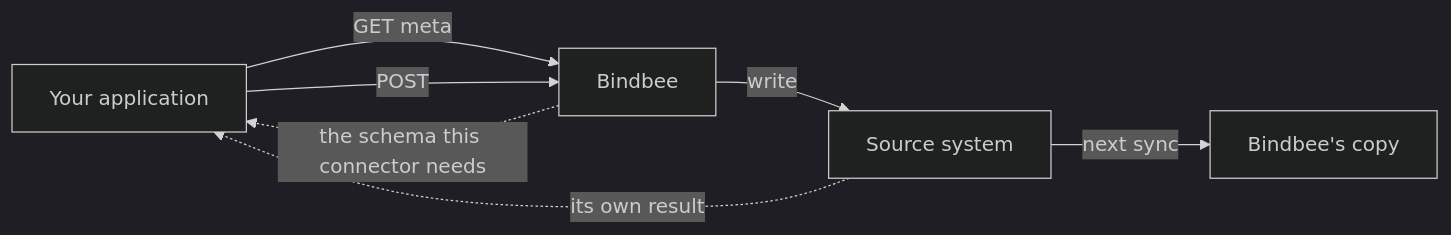
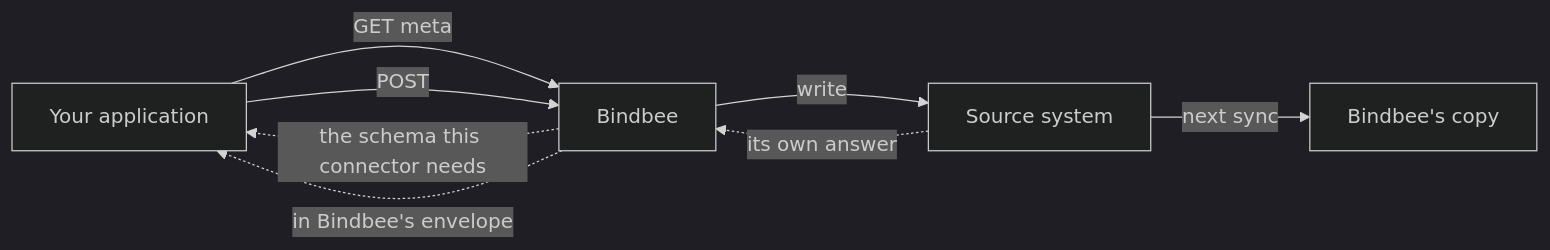
The second of 2 diagrams in guides/reading-writing/overview.mdx (kaval1810/bindbee-docs-test), drawn with Mermaid (dark theme) before and after one commit.

Commit message:
Route the write result back through Bindbee
The diagram had the source system answering the application directly.
Nothing does - every request and response goes through Bindbee, which is
what the connector token scopes.

Two hops now, and the labels follow errors-and-issues.mdx: the source
system gives its own answer, Bindbee returns it inside its envelope.
That page tells readers to handle the envelope generically and surface
the upstream body, so the split matters for how they write the handler.

Checked the read diagram for the same fault - it has no direct edge.

````diff
--- a/guides/reading-writing/overview.mdx
+++ b/guides/reading-writing/overview.mdx
@@ -42,9 +42,10 @@
 ```mermaid
 flowchart LR
     YOU["Your application"] -->|"GET meta"| BB["Bindbee"]
     BB -.->|"the schema this connector needs"| YOU
     YOU -->|POST| BB
     BB -->|write| SRC["Source system"]
-    SRC -.->|"its own result"| YOU
+    SRC -.->|"its own answer"| BB
+    BB -.->|"in Bindbee's envelope"| YOU
     SRC -->|"next sync"| COPY["Bindbee's copy"]
 ```
````
